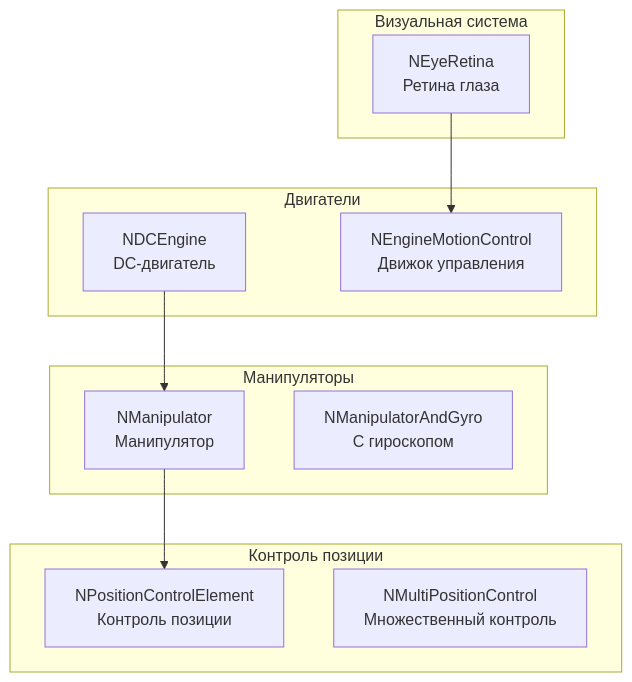
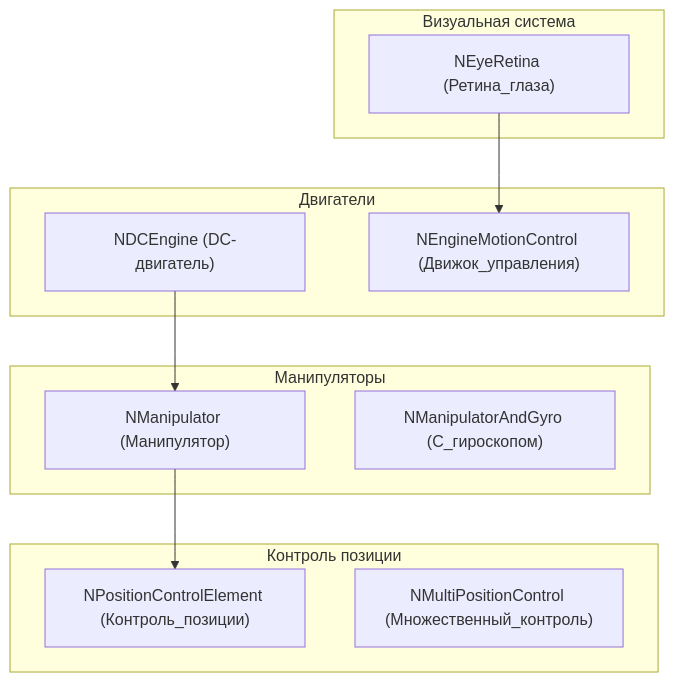
Before and after one commit to aicommunity/Nmsdk-MotionControlLib: the first of 2 diagrams in Docs/Architecture.md, drawn with Mermaid. The commit also changed other lines of this file, not shown here.

````diff
--- a/Docs/Architecture.md
+++ b/Docs/Architecture.md
@@ -11,25 +11,25 @@
 ```mermaid
 flowchart TB
     subgraph "Двигатели"
-        NDCEngine[NDCEngine<br/>DC-двигатель]
-        NEngineMotion[NEngineMotionControl<br/>Движок управления]
+        NDCEngine["NDCEngine (DC-двигатель)"]
+        NEngineMotion["NEngineMotionControl (Движок_управления)"]
     end
     
     subgraph "Манипуляторы"
-        NManipulator[NManipulator<br/>Манипулятор]
-        NManipulatorGyro[NManipulatorAndGyro<br/>С гироскопом]
+        NManipulator["NManipulator (Манипулятор)"]
+        NManipulatorGyro["NManipulatorAndGyro (С_гироскопом)"]
     end
     
     subgraph "Контроль позиции"
-        NPositionControl[NPositionControlElement<br/>Контроль позиции]
-        NMultiPosition[NMultiPositionControl<br/>Множественный контроль]
+        NPositionControl["NPositionControlElement (Контроль_позиции)"]
+        NMultiPosition["NMultiPositionControl (Множественный_контроль)"]
     end
     
     subgraph "Визуальная система"
-        NEyeRetina[NEyeRetina<br/>Ретина глаза]
+        NEyeRetina["NEyeRetina (Ретина_глаза)"]
     end
     
     NDCEngine --> NManipulator
     NManipulator --> NPositionControl
     NEyeRetina --> NEngineMotion
 ```
````
